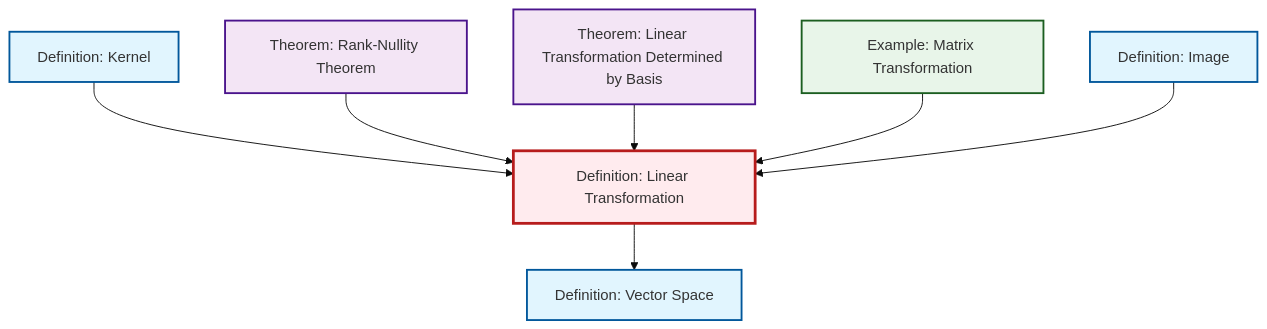
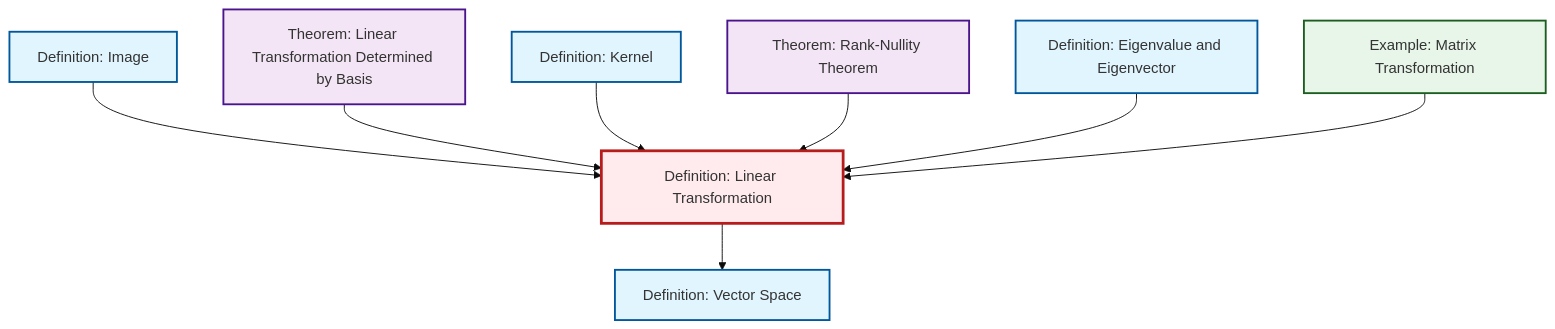
The diagram in content/en/algebra/def-linear-transformation.qmd (RK0429/ModernMath), drawn with Mermaid (base theme) before and after one commit. The commit also changed other lines of this file and 530 other files, not shown here.

````diff
--- a/content/en/algebra/def-linear-transformation.qmd
+++ b/content/en/algebra/def-linear-transformation.qmd
@@ -45,29 +45,32 @@
 ```{mermaid}
 %%| fig-cap: "Local dependency graph"
 graph TD
     classDef definition fill:#e1f5fe,stroke:#01579b,stroke-width:2px
     classDef theorem fill:#f3e5f5,stroke:#4a148c,stroke-width:2px
     classDef axiom fill:#fff3e0,stroke:#e65100,stroke-width:2px
     classDef example fill:#e8f5e9,stroke:#1b5e20,stroke-width:2px
     classDef current fill:#ffebee,stroke:#b71c1c,stroke-width:3px
+    thm-rank-nullity["Theorem: Rank-Nullity Theorem"]:::theorem
+    def-kernel["Definition: Kernel"]:::definition
+    def-eigenvalue-eigenvector["Definition: Eigenvalue and Eigenvector"]:::definition
+    thm-linear-transformation-basis["Theorem: Linear Transformation Determined by Basis"]:::theorem
+    ex-matrix-transformation["Example: Matrix Transformation"]:::example
+    def-image["Definition: Image"]:::definition
+    def-vector-space["Definition: Vector Space"]:::definition
     def-linear-transformation["Definition: Linear Transformation"]:::definition
-    ex-matrix-transformation["Example: Matrix Transformation"]:::example
-    def-vector-space["Definition: Vector Space"]:::definition
-    thm-rank-nullity["Theorem: Rank-Nullity Theorem"]:::theorem
-    def-image["Definition: Image"]:::definition
-    def-kernel["Definition: Kernel"]:::definition
-    thm-linear-transformation-basis["Theorem: Linear Transformation Determined by Basis"]:::theorem
+    def-linear-transformation --> def-vector-space
+    def-image --> def-linear-transformation
+    thm-linear-transformation-basis --> def-linear-transformation
     def-kernel --> def-linear-transformation
     thm-rank-nullity --> def-linear-transformation
-    def-linear-transformation --> def-vector-space
-    thm-linear-transformation-basis --> def-linear-transformation
+    def-eigenvalue-eigenvector --> def-linear-transformation
     ex-matrix-transformation --> def-linear-transformation
-    def-image --> def-linear-transformation
     class def-linear-transformation current
+    click thm-rank-nullity "thm-rank-nullity.html" "Go to Rank-Nullity Theorem theorem"
+    click def-kernel "def-kernel.html" "Go to Kernel definition"
+    click def-eigenvalue-eigenvector "def-eigenvalue-eigenvector.html" "Go to Eigenvalue and Eigenvector definition"
+    click thm-linear-transformation-basis "thm-linear-transformation-basis.html" "Go to Linear Transformation Determined by Basis theorem"
     click ex-matrix-transformation "ex-matrix-transformation.html" "Go to Matrix Transformation example"
+    click def-image "def-image.html" "Go to Image definition"
     click def-vector-space "def-vector-space.html" "Go to Vector Space definition"
-    click thm-rank-nullity "thm-rank-nullity.html" "Go to Rank-Nullity Theorem theorem"
-    click def-image "def-image.html" "Go to Image definition"
-    click def-kernel "def-kernel.html" "Go to Kernel definition"
-    click thm-linear-transformation-basis "thm-linear-transformation-basis.html" "Go to Linear Transformation Determined by Basis theorem"
 ```
````
